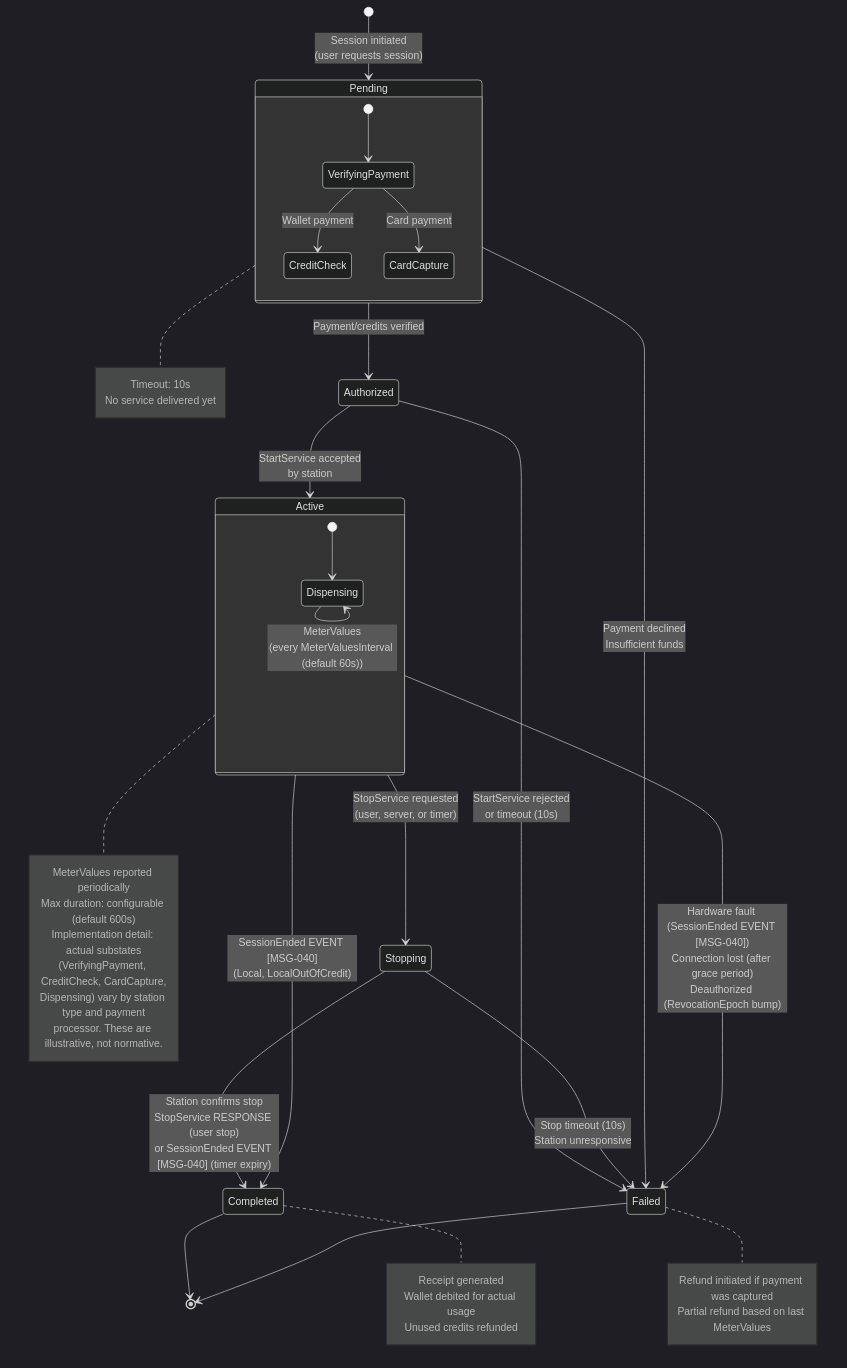
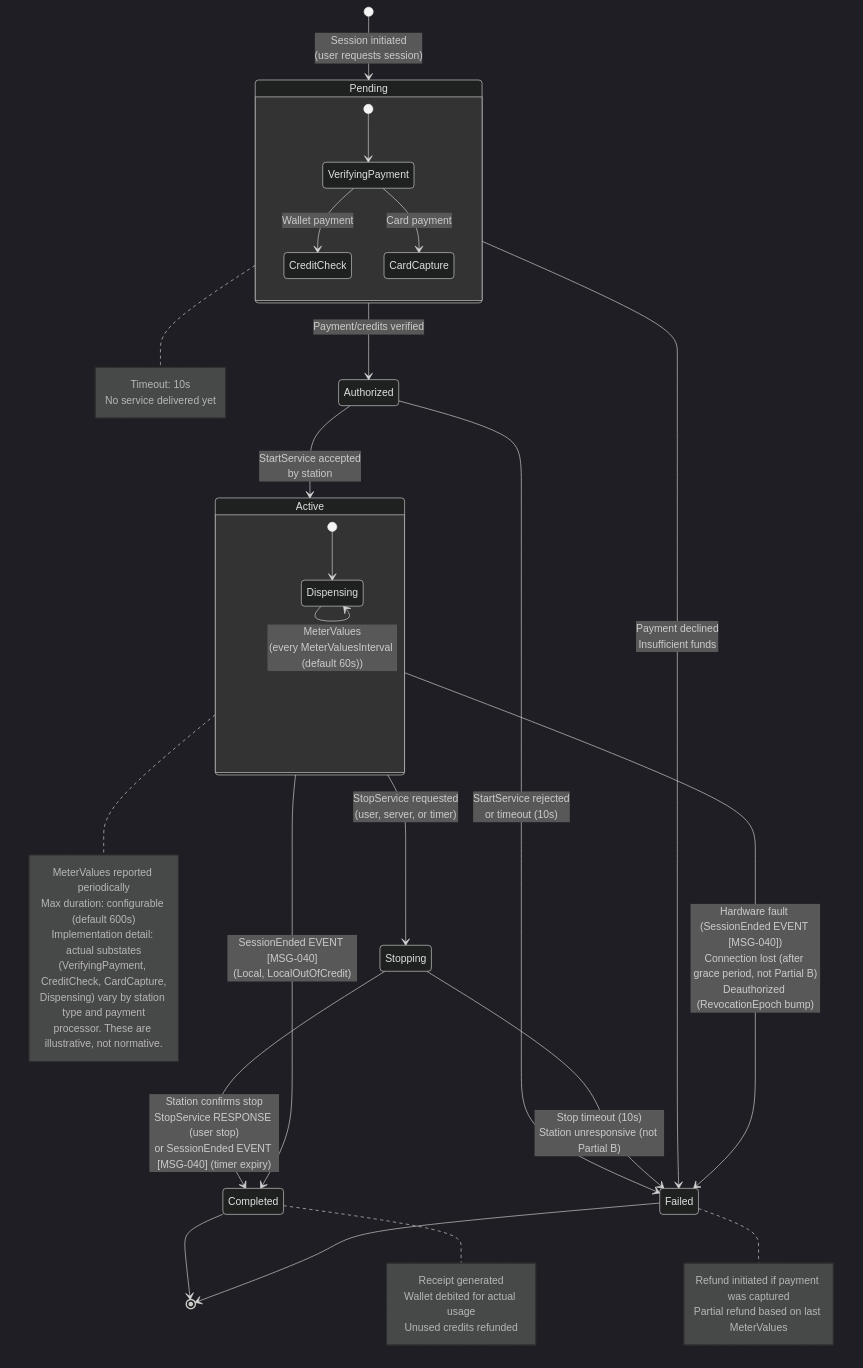
One commit to ospp-org/spec changed the diagram in diagrams/state-machine-session.mmd. Above: the diagram before and after it, drawn with Mermaid (dark theme). The commit also changed 25 other files, not shown here.

```diff
--- a/diagrams/state-machine-session.mmd
+++ b/diagrams/state-machine-session.mmd
@@ -1,57 +1,57 @@
 %% OSPP Session Lifecycle State Machine
 %% Reference: spec/05-state-machines.md, Section 3
 
 stateDiagram-v2
     [*] --> Pending : Session initiated<br/>(user requests session)
 
     Pending --> Authorized : Payment/credits verified
     Pending --> Failed : Payment declined<br/>Insufficient funds
 
     Authorized --> Active : StartService accepted<br/>by station
     Authorized --> Failed : StartService rejected<br/>or timeout (10s)
 
     Active --> Stopping : StopService requested<br/>(user, server, or timer)
     Active --> Completed : SessionEnded EVENT [MSG-040]<br/>(Local, LocalOutOfCredit)
-    Active --> Failed : Hardware fault (SessionEnded EVENT [MSG-040])<br/>Connection lost (after grace period)<br/>Deauthorized (RevocationEpoch bump)
+    Active --> Failed : Hardware fault (SessionEnded EVENT [MSG-040])<br/>Connection lost (after grace period, not Partial B)<br/>Deauthorized (RevocationEpoch bump)
 
     Stopping --> Completed : Station confirms stop<br/>StopService RESPONSE (user stop)<br/>or SessionEnded EVENT [MSG-040] (timer expiry)
-    Stopping --> Failed : Stop timeout (10s)<br/>Station unresponsive
+    Stopping --> Failed : Stop timeout (10s)<br/>Station unresponsive (not Partial B)
 
     Completed --> [*]
     Failed --> [*]
 
     state Pending {
         [*] --> VerifyingPayment
         VerifyingPayment --> CreditCheck : Wallet payment
         VerifyingPayment --> CardCapture : Card payment
     }
 
     state Active {
         [*] --> Dispensing
         Dispensing --> Dispensing : MeterValues<br/>(every MeterValuesInterval (default 60s))
     }
 
     note right of Pending
         Timeout: 10s
         No service delivered yet
     end note
 
     note right of Active
         MeterValues reported periodically
         Max duration: configurable (default 600s)
         Implementation detail: actual substates
         (VerifyingPayment, CreditCheck, CardCapture,
         Dispensing) vary by station type and payment
         processor. These are illustrative, not normative.
     end note
 
     note right of Completed
         Receipt generated
         Wallet debited for actual usage
         Unused credits refunded
     end note
 
     note right of Failed
         Refund initiated if payment was captured
         Partial refund based on last MeterValues
     end note
```
